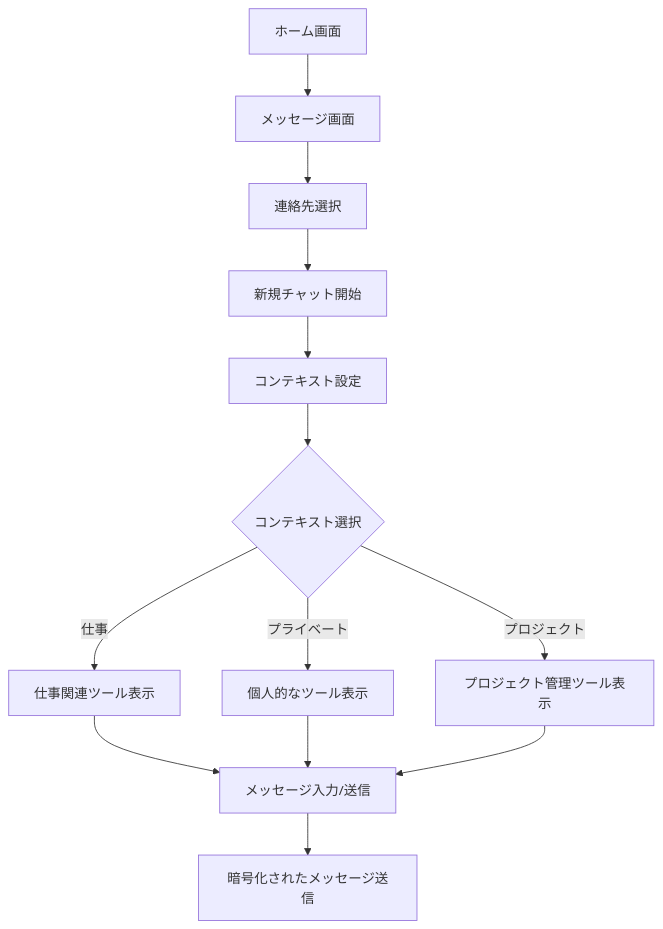
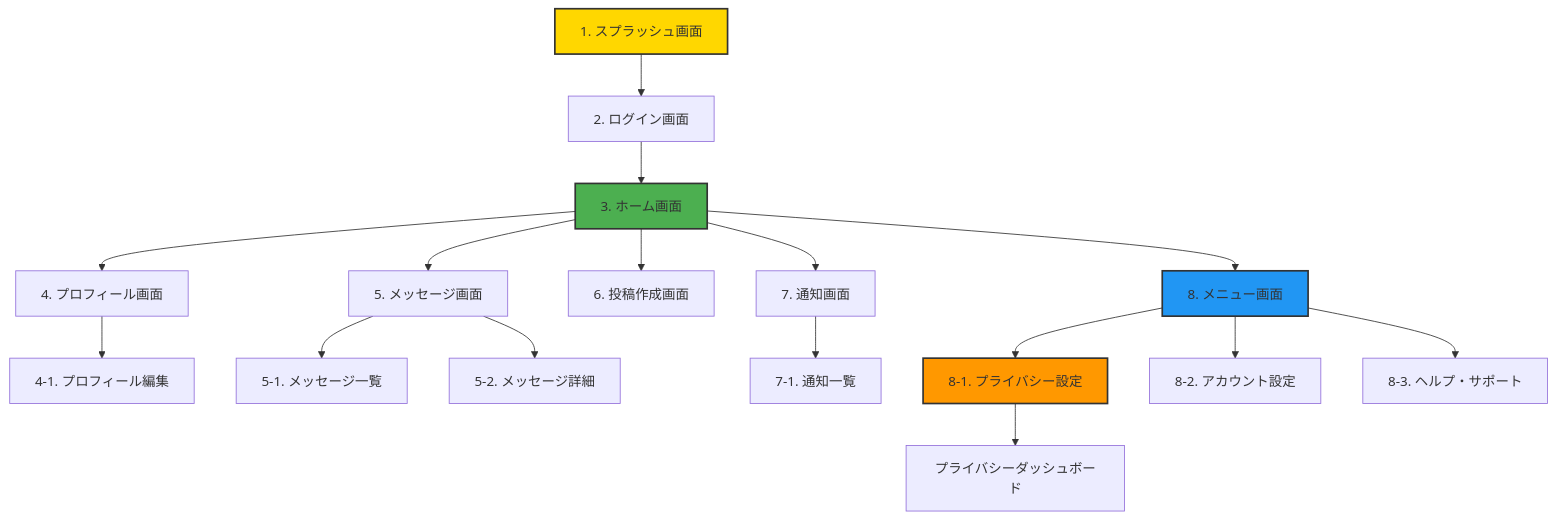
The third of 8 diagrams in uiux_book.md (hamatz/tech_doc), drawn with Mermaid before and after one commit. The commit also changed other lines of this file and 1 other file, not shown here.

````diff
--- a/uiux_book.md
+++ b/uiux_book.md
@@ -522,15 +575,27 @@
 ```mermaid
 graph TD
-    A[ホーム画面] --> B[メッセージ画面]
-    B --> C[連絡先選択]
-    C --> D[新規チャット開始]
-    D --> E[コンテキスト設定]
-    E --> F{コンテキスト選択}
-    F -->|仕事| G[仕事関連ツール表示]
-    F -->|プライベート| H[個人的なツール表示]
-    F -->|プロジェクト| I[プロジェクト管理ツール表示]
-    G --> J[メッセージ入力/送信]
-    H --> J
-    I --> J
-    J --> K[暗号化されたメッセージ送信]
+    A[1. スプラッシュ画面] --> B[2. ログイン画面]
+    B --> C[3. ホーム画面]
+    
+    C --> D[4. プロフィール画面]
+    C --> E[5. メッセージ画面]
+    C --> F[6. 投稿作成画面]
+    C --> G[7. 通知画面]
+    C --> H[8. メニュー画面]
+    
+    D --> I[4-1. プロフィール編集]
+    E --> J[5-1. メッセージ一覧]
+    E --> K[5-2. メッセージ詳細]
+    G --> L[7-1. 通知一覧]
+    
+    H --> M[8-1. プライバシー設定]
+    H --> N[8-2. アカウント設定]
+    H --> O[8-3. ヘルプ・サポート]
+    
+    M --> P[プライバシーダッシュボード]
+
+    style A fill:#FFD700,stroke:#333,stroke-width:2px
+    style C fill:#4CAF50,stroke:#333,stroke-width:2px
+    style M fill:#FF9800,stroke:#333,stroke-width:2px
+    style H fill:#2196F3,stroke:#333,stroke-width:2px
 ```
````
